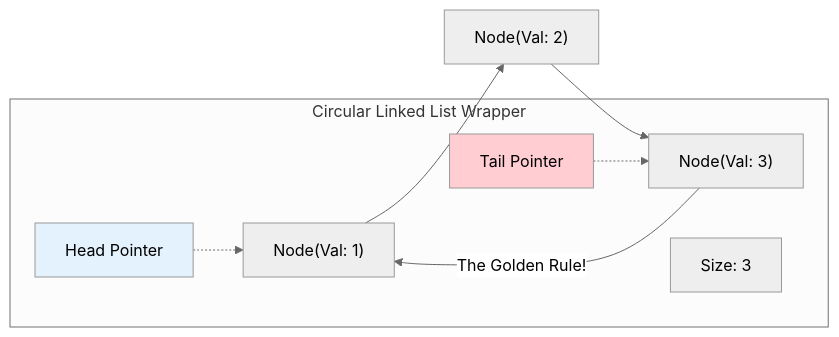
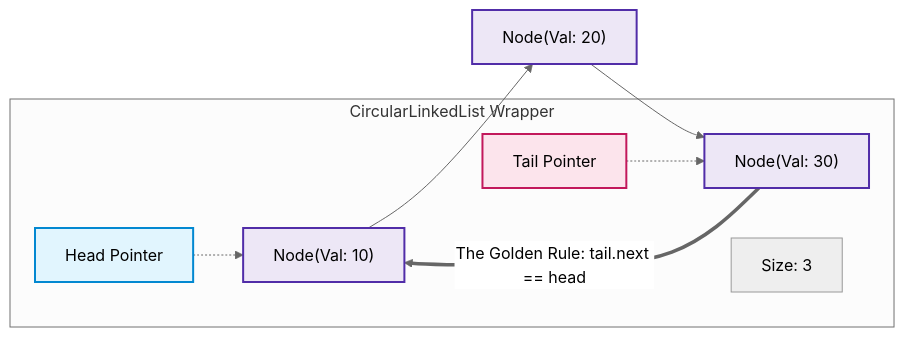
Before and after one commit to vadde/DSA: the diagram in 00 - Fundamentals/008 - Circular Linked List/circular_linked_list_walkthrough.md, drawn with Mermaid (neutral theme). The commit also changed other lines of this file and 1 other file, not shown here.

Commit message:
docs(fundamentals): upgrade Doubly Linked List and Circular Linked List to 5-level curriculum

````diff
--- a/00 - Fundamentals/008 - Circular Linked List/circular_linked_list_walkthrough.md
+++ b/00 - Fundamentals/008 - Circular Linked List/circular_linked_list_walkthrough.md
@@ -42,15 +51,18 @@
 ```mermaid
 flowchart LR
-    subgraph CircularLinkedListWrapper [Circular Linked List Wrapper]
-    H[Head Pointer] -.-> N1
-    T[Tail Pointer] -.-> N3
-    S[Size: 3]
+    subgraph CLLContainer ["CircularLinkedList Wrapper"]
+        H["Head Pointer"] -.-> N1
+        T["Tail Pointer"] -.-> N3
+        SZ["Size: 3"]
     end
-    
-    N1["Node(Val: 1)"] --> N2["Node(Val: 2)"]
-    N2 --> N3["Node(Val: 3)"]
-    N3 -->|The Golden Rule!| N1
-    
-    style H fill:#e3f2fd,color:#000
-    style T fill:#ffcdd2,color:#000
+
+    N1["Node(Val: 10)"] --> N2["Node(Val: 20)"]
+    N2 --> N3["Node(Val: 30)"]
+    N3 ==>|"The Golden Rule: tail.next == head"| N1
+
+    style H fill:#e1f5fe,stroke:#0288d1,stroke-width:2px,color:#000
+    style T fill:#fce4ec,stroke:#c2185b,stroke-width:2px,color:#000
+    style N1 fill:#ede7f6,stroke:#512da8,stroke-width:2px,color:#000
+    style N2 fill:#ede7f6,stroke:#512da8,stroke-width:2px,color:#000
+    style N3 fill:#ede7f6,stroke:#512da8,stroke-width:2px,color:#000
 ```
````
